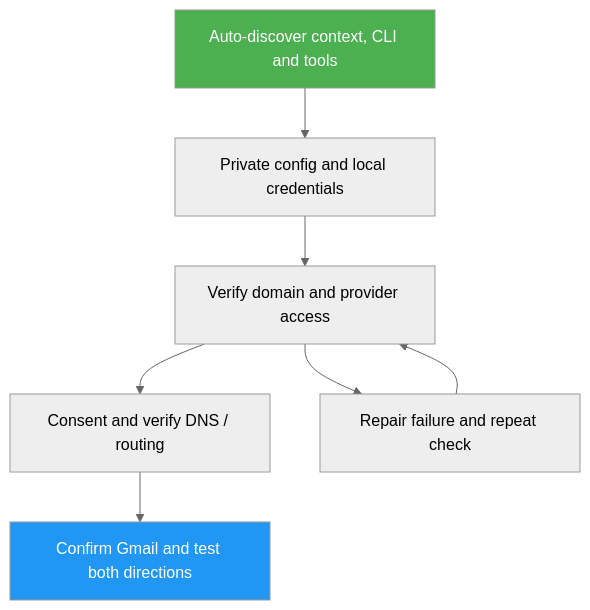
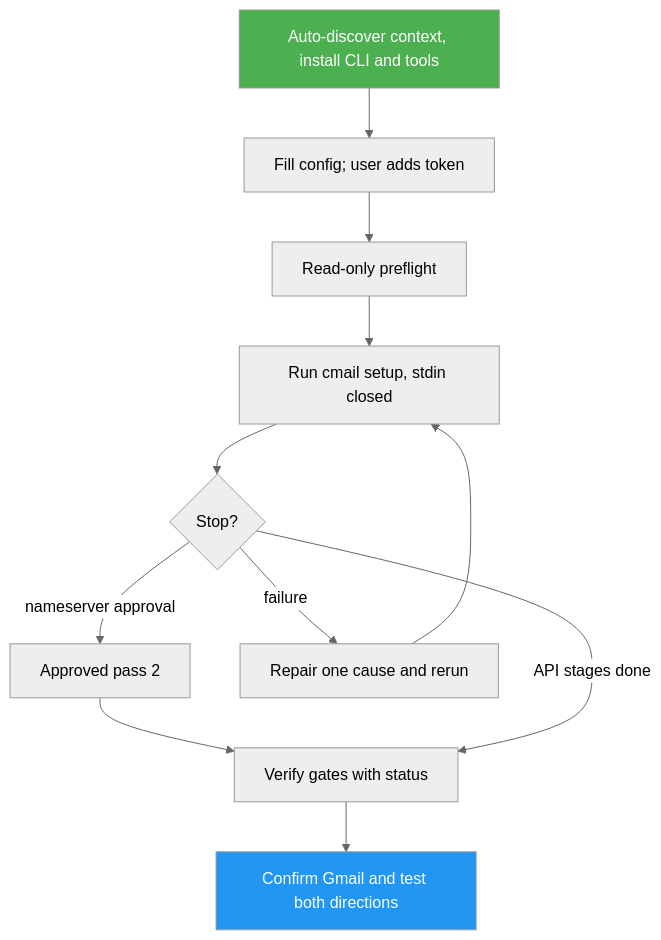
Before and after one commit to luongnv89/cmail: the diagram in .agents/skills/cmail-setup/docs/README.md, drawn with Mermaid (neutral theme). The commit also changed other lines of this file and 24 other files, not shown here.

First line of the commit message:
feat(skill): run cmail setup autonomously in cmail-setup 2.0.0 (#14)

````diff
--- a/.agents/skills/cmail-setup/docs/README.md
+++ b/.agents/skills/cmail-setup/docs/README.md
@@ -32,11 +34,15 @@
 ```mermaid
 graph TD
-    A[Auto-discover context, CLI and tools] --> B[Private config and local credentials]
-    B --> C[Verify domain and provider access]
-    C --> D[Consent and verify DNS / routing]
-    D --> E[Confirm Gmail and test both directions]
-    C --> F[Repair failure and repeat check]
-    F --> C
+    A[Auto-discover context, install CLI and tools] --> B[Fill config; user adds token]
+    B --> C[Read-only preflight]
+    C --> D[Run cmail setup, stdin closed]
+    D --> G{Stop?}
+    G -->|nameserver approval| H[Approved pass 2]
+    H --> I
+    G -->|failure| F[Repair one cause and rerun]
+    F --> D
+    G -->|API stages done| I[Verify gates with status]
+    I --> E[Confirm Gmail and test both directions]
     style A fill:#4CAF50,color:#fff
     style E fill:#2196F3,color:#fff
 ```
````
